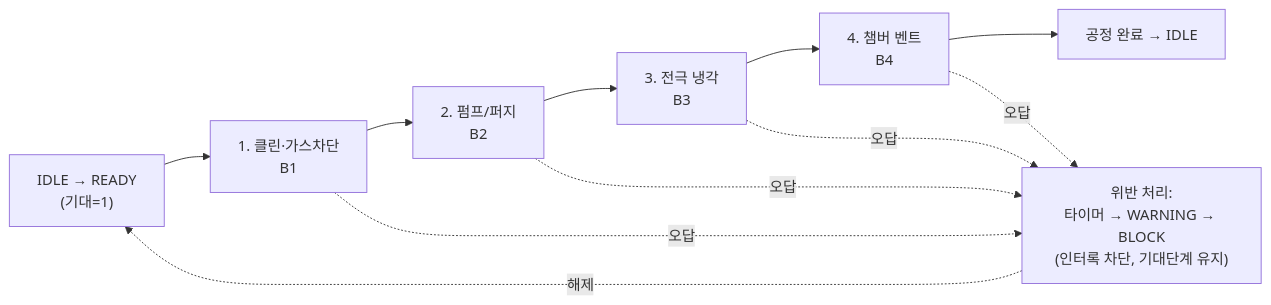
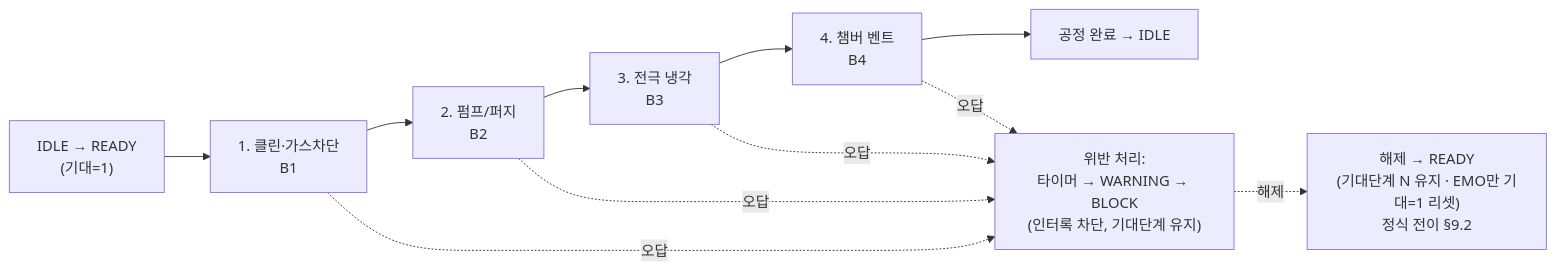
The second of 6 diagrams in 통합수행설계문서_전체_섹션1-15.md (kimem9859-arch/sop-project), drawn with Mermaid before and after one commit. The commit also changed other lines of this file, not shown here.

First line of the commit message:
docs: 검토 반영 — §1 정의 정비화·다이어그램/NFR/KPI 정합 5건

````diff
--- a/통합수행설계문서_전체_섹션1-15.md
+++ b/통합수행설계문서_전체_섹션1-15.md
@@ -275,13 +275,13 @@
 ```mermaid
 flowchart LR
     S0["IDLE → READY<br/>(기대=1)"] --> S1["1. 클린·가스차단<br/>B1"]
     S1 --> S2["2. 펌프/퍼지<br/>B2"]
     S2 --> S3["3. 전극 냉각<br/>B3"]
     S3 --> S4["4. 챔버 벤트<br/>B4"]
     S4 --> DONE["공정 완료 → IDLE"]
     S1 -. 오답 .-> V["위반 처리:<br/>타이머 → WARNING → BLOCK<br/>(인터록 차단, 기대단계 유지)"]
     S2 -. 오답 .-> V
     S3 -. 오답 .-> V
     S4 -. 오답 .-> V
-    V -. 해제 .-> S0
+    V -. 해제 .-> R["해제 → READY<br/>(기대단계 N 유지 · EMO만 기대=1 리셋)<br/>정식 전이 §9.2"]
 ```
````
